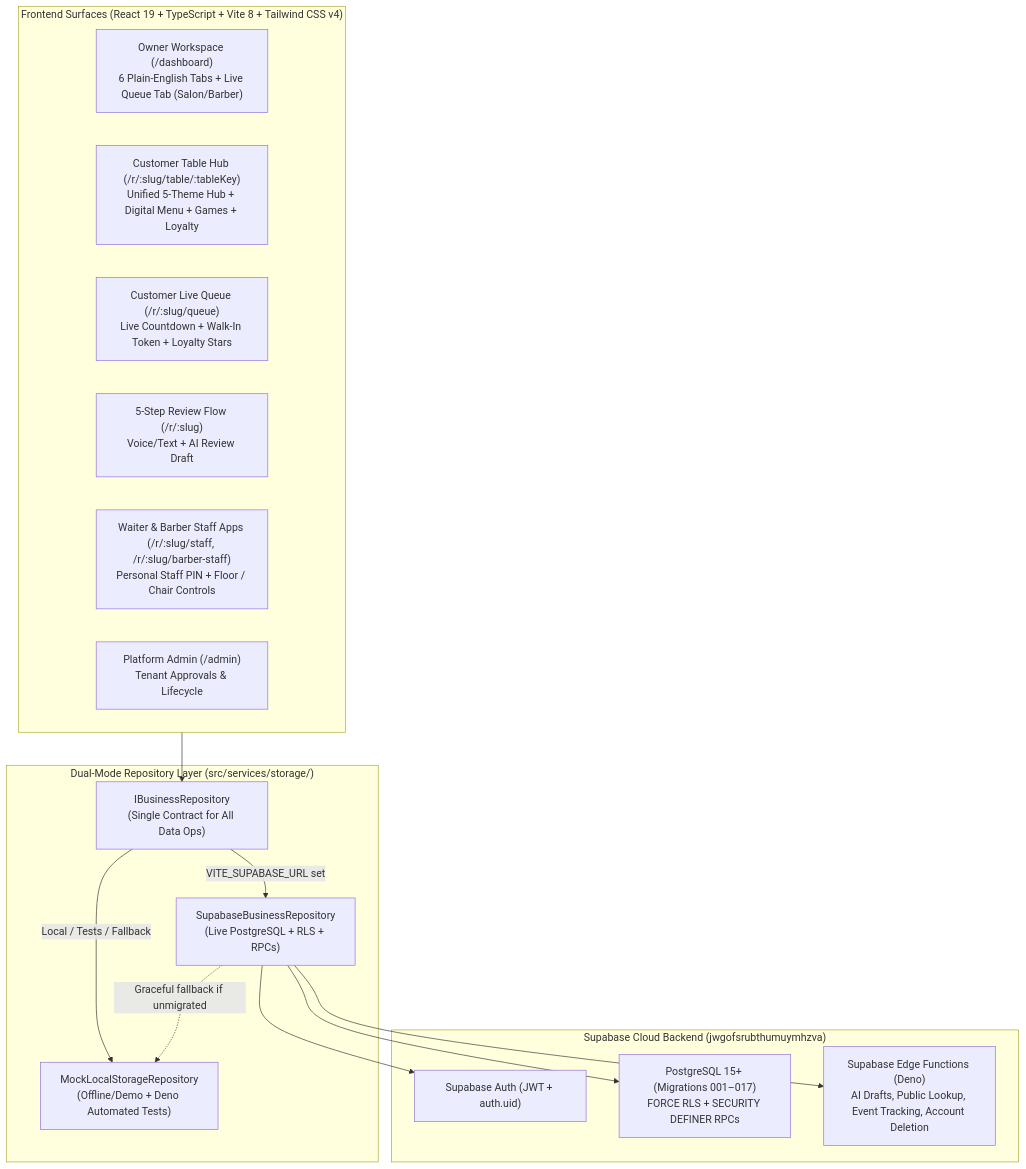
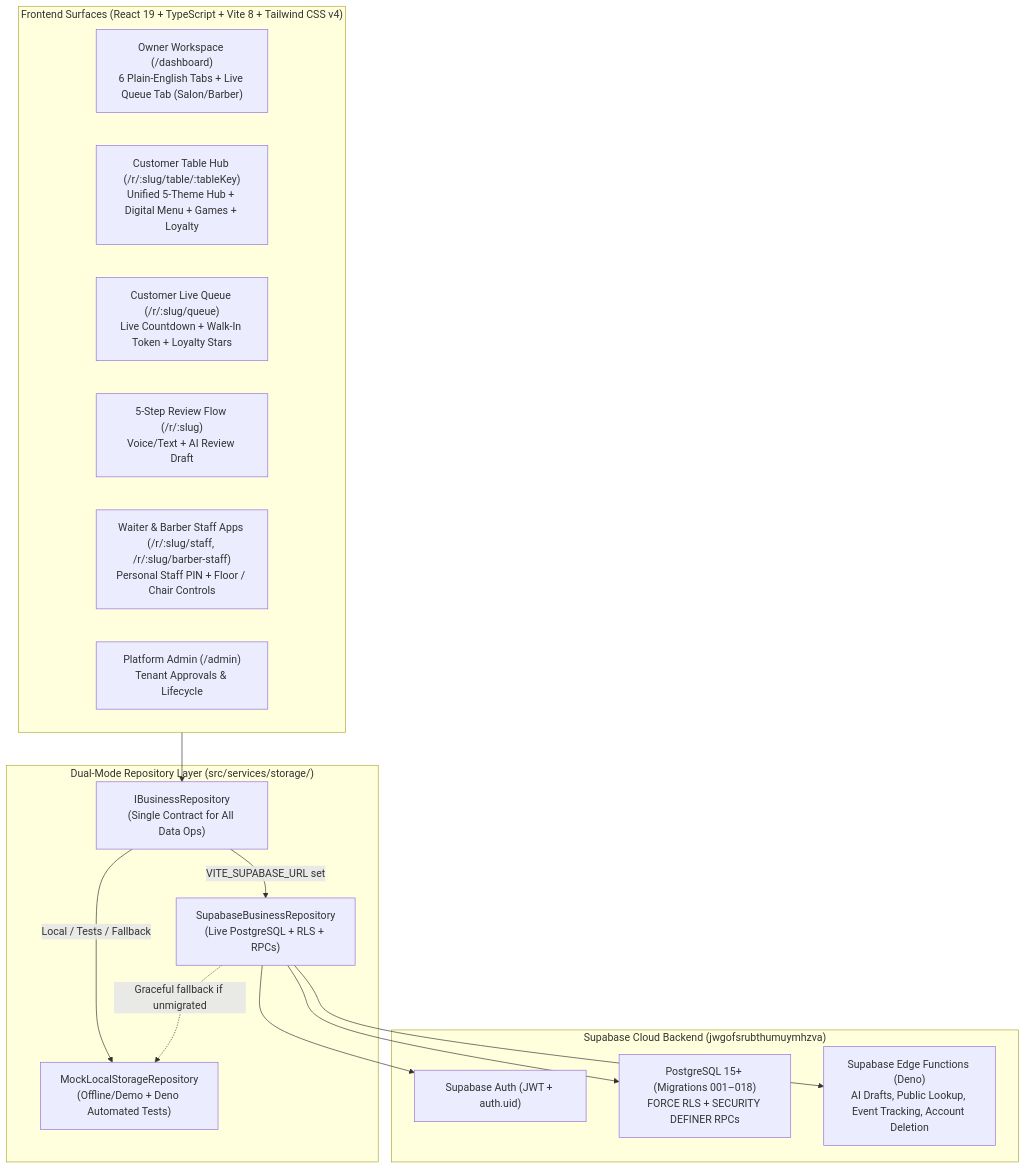
One commit to pusalalaxmi41-ctrl/reviewassist-saas changed the first of 3 diagrams in ARCHITECTURE.md. Above: the diagram before and after it, drawn with Mermaid. The commit also changed other lines of this file and 10 other files, not shown here.

````diff
--- a/ARCHITECTURE.md
+++ b/ARCHITECTURE.md
@@ -16,31 +16,31 @@
 ```mermaid
 flowchart TB
     subgraph Clients["Frontend Surfaces (React 19 + TypeScript + Vite 8 + Tailwind CSS v4)"]
         Owner["Owner Workspace (/dashboard)\n6 Plain-English Tabs + Live Queue Tab (Salon/Barber)"]
         Customer["Customer Table Hub (/r/:slug/table/:tableKey)\nUnified 5-Theme Hub + Digital Menu + Games + Loyalty"]
         BarberGuest["Customer Live Queue (/r/:slug/queue)\nLive Countdown + Walk-In Token + Loyalty Stars"]
         Review["5-Step Review Flow (/r/:slug)\nVoice/Text + AI Review Draft"]
         Waiter["Waiter & Barber Staff Apps (/r/:slug/staff, /r/:slug/barber-staff)\nPersonal Staff PIN + Floor / Chair Controls"]
         Admin["Platform Admin (/admin)\nTenant Approvals & Lifecycle"]
     end
 
     subgraph Repository["Dual-Mode Repository Layer (src/services/storage/)"]
         Interface["IBusinessRepository\n(Single Contract for All Data Ops)"]
         SupaRepo["SupabaseBusinessRepository\n(Live PostgreSQL + RLS + RPCs)"]
         MockRepo["MockLocalStorageRepository\n(Offline/Demo + Deno Automated Tests)"]
     end
 
     subgraph Backend["Supabase Cloud Backend (jwgofsrubthumuymhzva)"]
         Auth["Supabase Auth (JWT + auth.uid)"]
-        DB["PostgreSQL 15+ (Migrations 001–017)\nFORCE RLS + SECURITY DEFINER RPCs"]
+        DB["PostgreSQL 15+ (Migrations 001–018)\nFORCE RLS + SECURITY DEFINER RPCs"]
         Edge["Supabase Edge Functions (Deno)\nAI Drafts, Public Lookup, Event Tracking, Account Deletion"]
     end
 
     Clients --> Interface
     Interface -->|"VITE_SUPABASE_URL set"| SupaRepo
     Interface -->|"Local / Tests / Fallback"| MockRepo
     SupaRepo --> Auth
     SupaRepo --> DB
     SupaRepo --> Edge
     SupaRepo -.->|"Graceful fallback if unmigrated"| MockRepo
 ```
````
